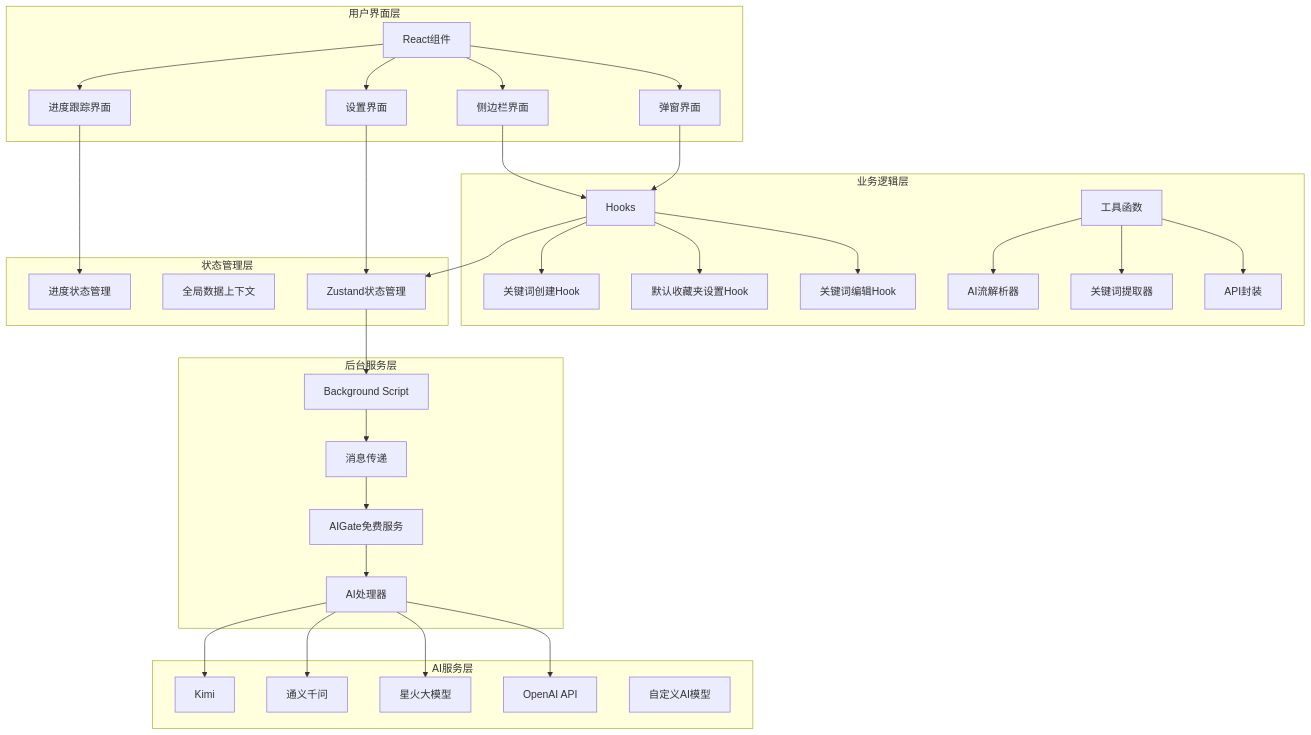
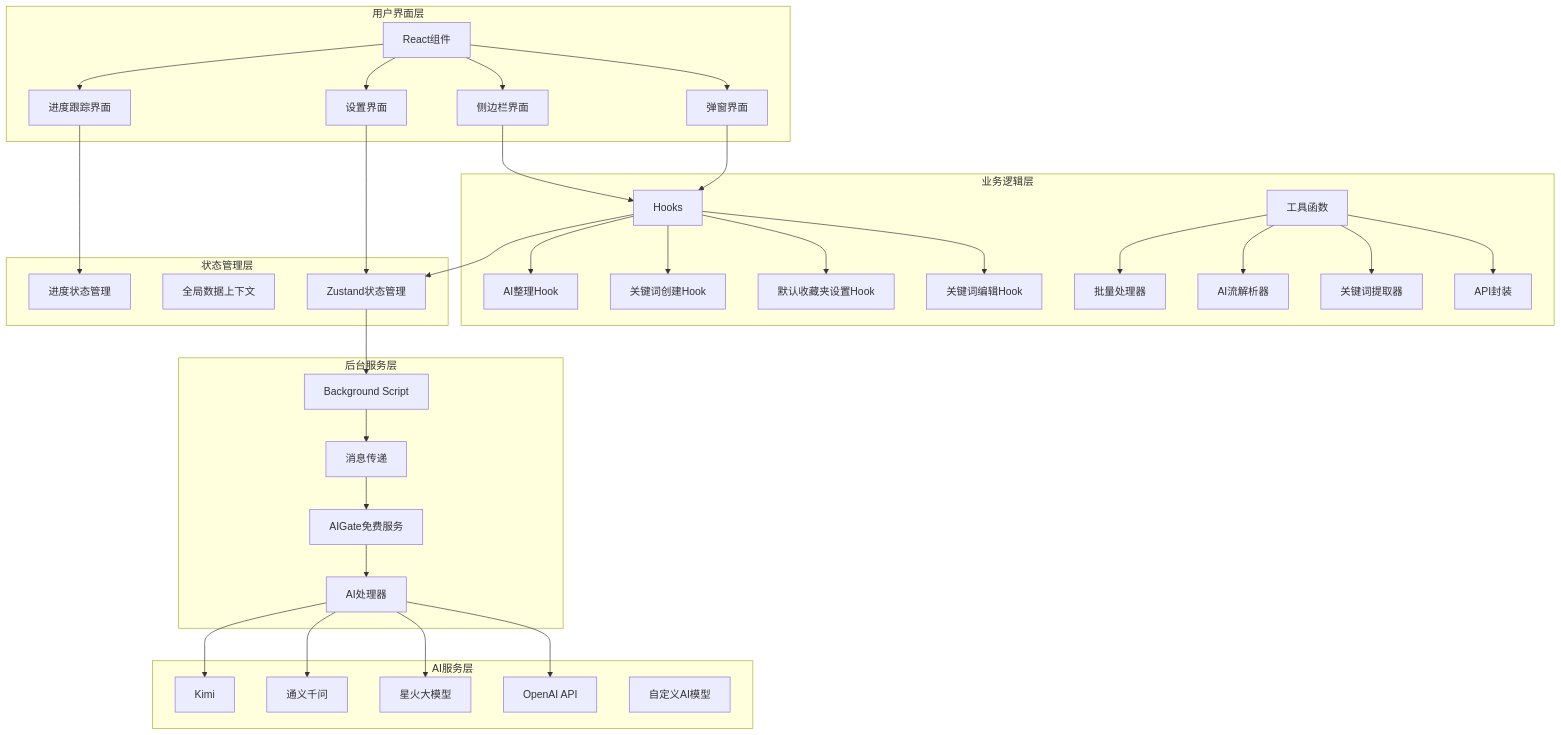
One commit to RadiumAg/bilibili-favorites changed the second of 12 diagrams in .qoder/repowiki/zh/content/核心功能模块/AI关键词提取系统.md. Above: the diagram before and after it, drawn with Mermaid. The commit also changed other lines of this file and 47 other files, not shown here.

````diff
--- a/.qoder/repowiki/zh/content/核心功能模块/AI关键词提取系统.md
+++ b/.qoder/repowiki/zh/content/核心功能模块/AI关键词提取系统.md
@@ -154,48 +162,50 @@
 ```mermaid
 graph TB
 subgraph "用户界面层"
 UI[React组件] --> Popup[弹窗界面]
 UI --> SidePanel[侧边栏界面]
 UI --> Options[设置界面]
 UI --> Progress[进度跟踪界面]
 end
 subgraph "业务逻辑层"
 Hook[Hooks] --> EditKeyword[关键词编辑Hook]
 Hook --> SetDefaultFav[默认收藏夹设置Hook]
 Hook --> CreateKeyword[关键词创建Hook]
+Hook --> AIMove[AI整理Hook]
 Utils[工具函数] --> API[API封装]
 Utils --> Extractor[关键词提取器]
 Utils --> StreamParser[AI流解析器]
+Utils --> BatchProcess[批量处理器]
 end
 subgraph "状态管理层"
 Store[Zustand状态管理]
 GlobalData[全局数据上下文]
 ProgressState[进度状态管理]
 end
 subgraph "后台服务层"
 Background[Background Script]
 Message[消息传递]
 AIGate[AIGate免费服务]
 AIProcessor[AI处理器]
 end
 subgraph "AI服务层"
 OpenAI[OpenAI API]
 Spark[星火大模型]
 Qwen[通义千问]
 Kimi[Kimi]
 Custom[自定义AI模型]
 end
 Popup --> Hook
 SidePanel --> Hook
 Options --> Store
 Progress --> ProgressState
 Hook --> Store
 Store --> Background
 Background --> Message
 Message --> AIGate
 AIGate --> AIProcessor
 AIProcessor --> OpenAI
 AIProcessor --> Spark
 AIProcessor --> Qwen
 AIProcessor --> Kimi
 ```
````
